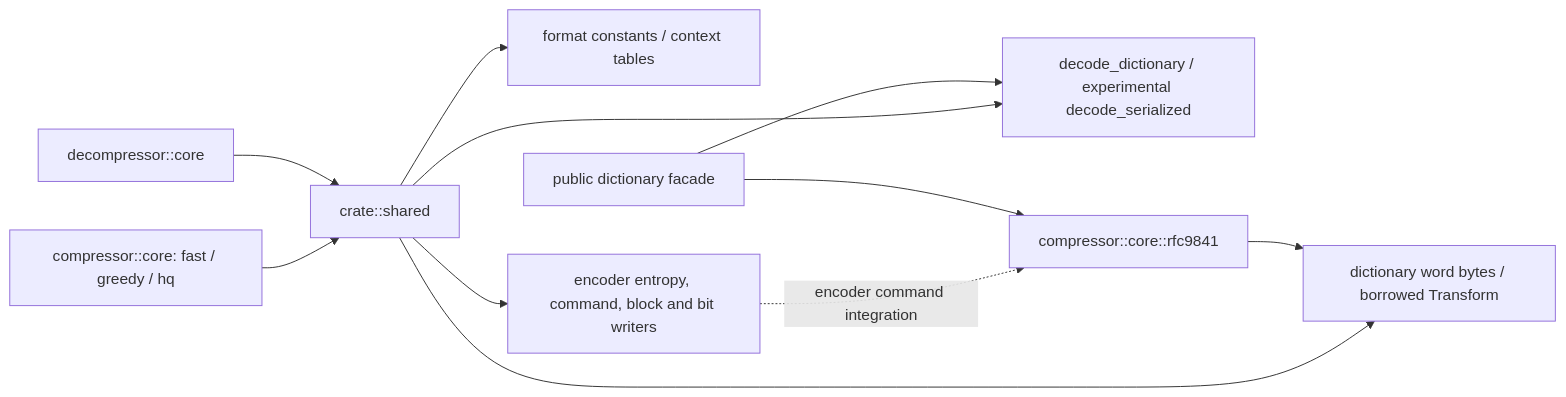
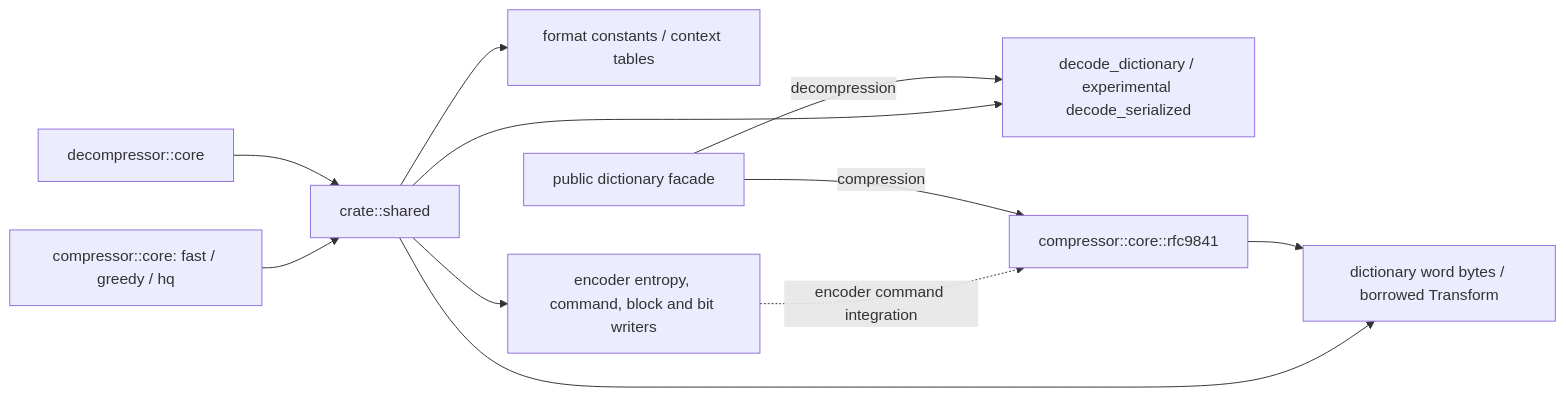
The first of 2 diagrams in architecture/shared-primitives.md (Mnwa/mbrotli), drawn with Mermaid before and after one commit. The commit also changed other lines of this file and 68 other files, not shown here.

````diff
--- a/architecture/shared-primitives.md
+++ b/architecture/shared-primitives.md
@@ -9,13 +9,13 @@
 ```mermaid
 graph LR
     Encoder[compressor::core: fast / greedy / hq] --> Shared[crate::shared]
     Decoder[decompressor::core] --> Shared
     Shared --> Format[format constants / context tables]
     Shared --> Words[dictionary word bytes / borrowed Transform]
     Shared --> Entropy[encoder entropy, command, block and bit writers]
     Shared --> Decode[decode_dictionary / experimental decode_serialized]
     RFC[compressor::core::rfc9841] --> Words
     Entropy -. encoder command integration .-> RFC
-    Dictionary[public dictionary facade] --> Decode
-    Dictionary --> RFC
+    Dictionary[public dictionary facade] -->|decompression| Decode
+    Dictionary -->|compression| RFC
 ```
````
